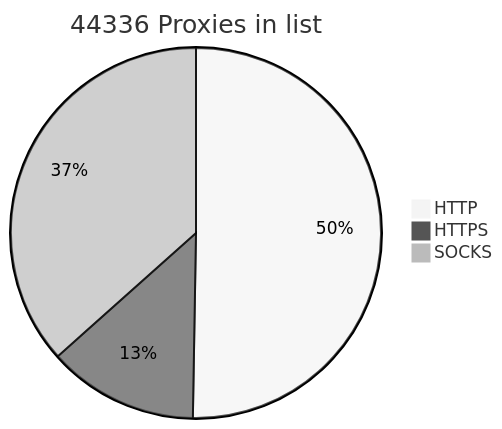
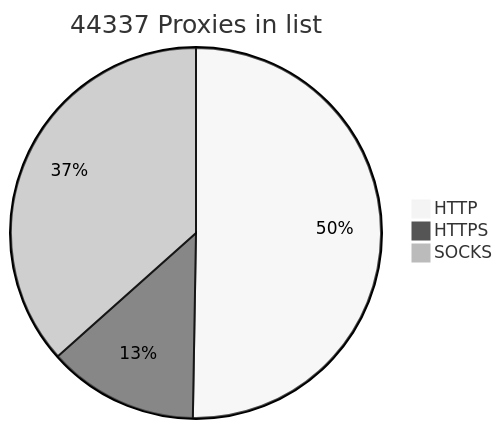
One commit to BlackSnowDot/proxylist-update-every-minute changed the diagram in README.md. Above: the diagram before and after it, drawn with Mermaid (neutral theme).

````diff
--- a/README.md
+++ b/README.md
@@ -2,6 +2,6 @@
 ```mermaid
-pie title 44336 Proxies in list
-    "HTTP" : 24861
+pie title 44337 Proxies in list
+    "HTTP" : 24862
     "HTTPS": 6494
     "SOCKS" : 18100
 ```
````
